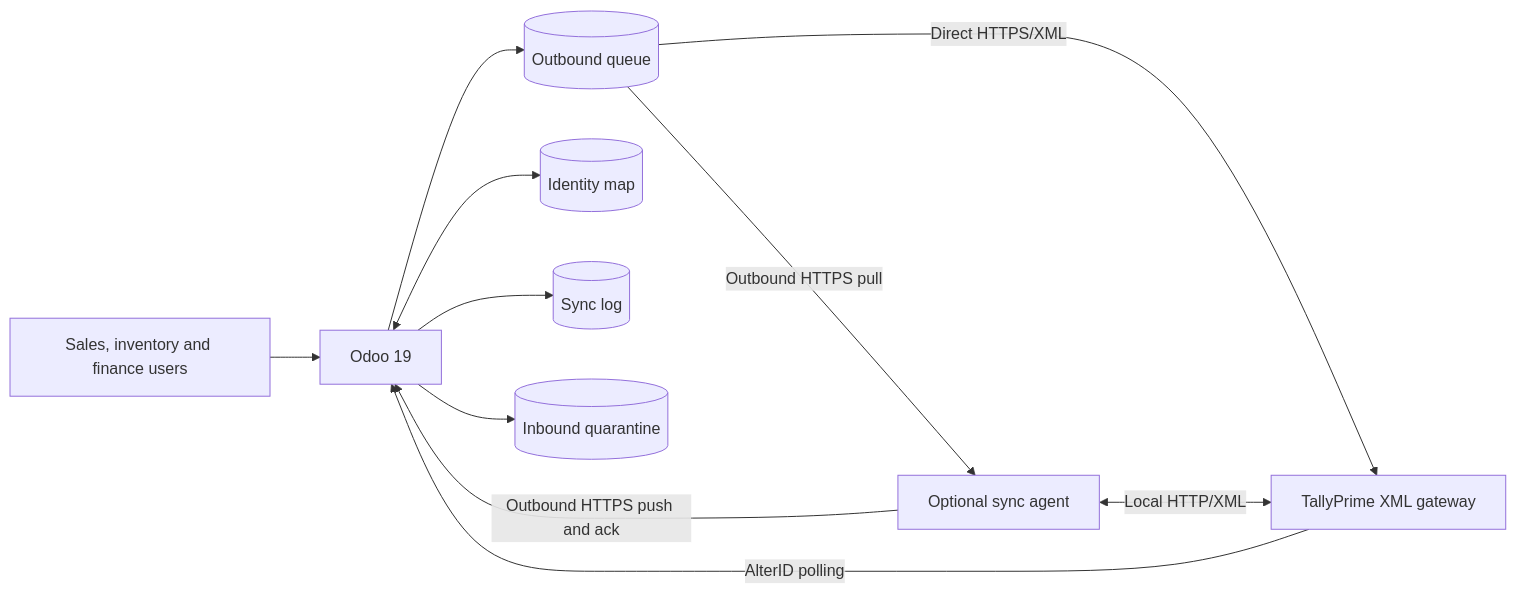
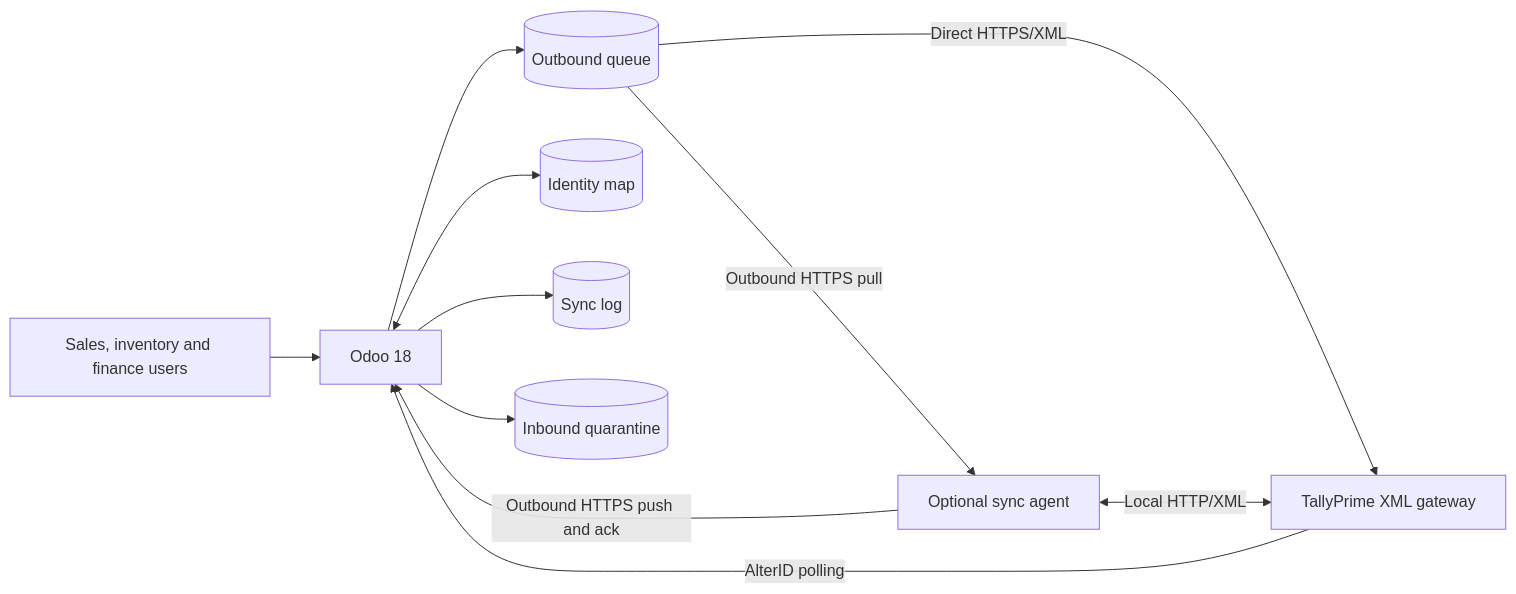
One commit to scidecs/odoo-tally changed the first of 5 diagrams in Docs/ARCHITECTURE.md. Above: the diagram before and after it, drawn with Mermaid. The commit also changed 39 other files, not shown here.

````diff
--- a/Docs/ARCHITECTURE.md
+++ b/Docs/ARCHITECTURE.md
@@ -30,22 +30,22 @@
 ```mermaid
 flowchart LR
     Users[Sales, inventory and finance users]
-    Odoo[Odoo 19]
+    Odoo[Odoo 18]
     Queue[(Outbound queue)]
     Map[(Identity map)]
     Log[(Sync log)]
     DLQ[(Inbound quarantine)]
     Agent[Optional sync agent]
     Tally[TallyPrime XML gateway]
 
     Users --> Odoo
     Odoo --> Queue
     Odoo <--> Map
     Odoo --> Log
     Odoo --> DLQ
     Queue -->|Direct HTTPS/XML| Tally
     Tally -->|AlterID polling| Odoo
     Queue -->|Outbound HTTPS pull| Agent
     Agent <--> |Local HTTP/XML| Tally
     Agent -->|Outbound HTTPS push and ack| Odoo
 ```
````
